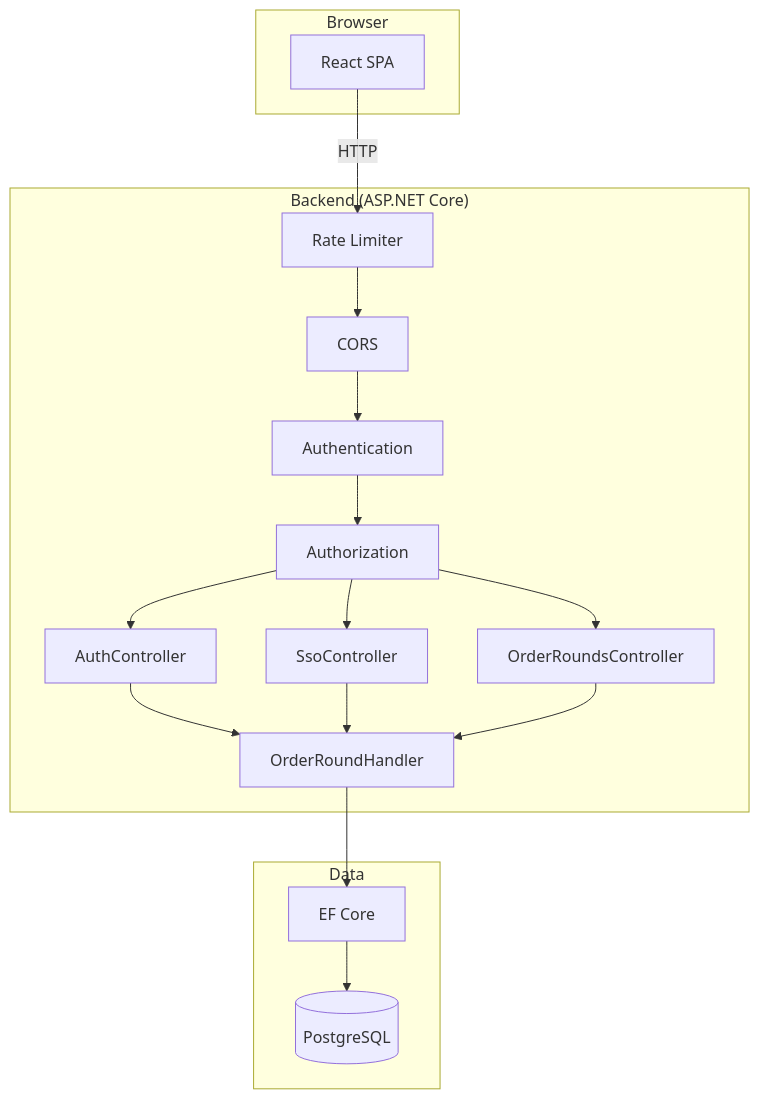
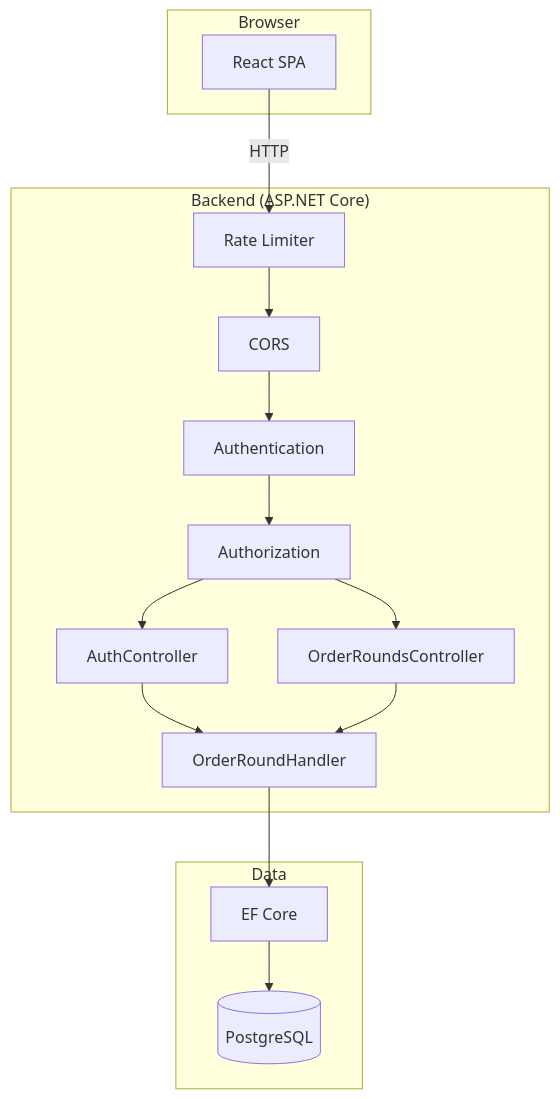
One commit to Ahmed-Shehzad/MIRA changed diagram 13 of 14 in docs/system-architecture-diagrams.md. Above: the diagram before and after it, drawn with Mermaid. The commit also changed other lines of this file and 188 other files, not shown here.

````diff
--- a/docs/system-architecture-diagrams.md
+++ b/docs/system-architecture-diagrams.md
@@ -446,35 +353,32 @@
 ```mermaid
 flowchart TB
     subgraph Browser
         React[React SPA]
     end
 
     subgraph Backend["Backend (ASP.NET Core)"]
         RateLimit[Rate Limiter]
         CORS[CORS]
         Auth[Authentication]
         Authz[Authorization]
         AuthCtrl[AuthController]
-        SsoCtrl[SsoController]
         RoundsCtrl[OrderRoundsController]
         Handler[OrderRoundHandler]
     end
 
     subgraph Data
         EF[EF Core]
         PG[(PostgreSQL)]
     end
 
     React -->|HTTP| RateLimit
     RateLimit --> CORS
     CORS --> Auth
     Auth --> Authz
     Authz --> AuthCtrl
-    Authz --> SsoCtrl
     Authz --> RoundsCtrl
     AuthCtrl --> Handler
-    SsoCtrl --> Handler
     RoundsCtrl --> Handler
     Handler --> EF
     EF --> PG
 ```
````
